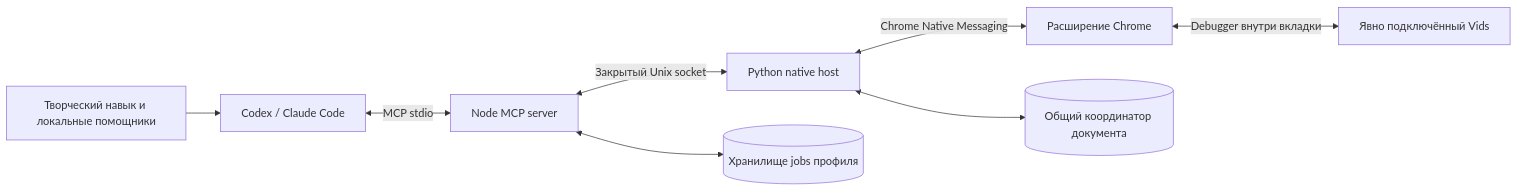
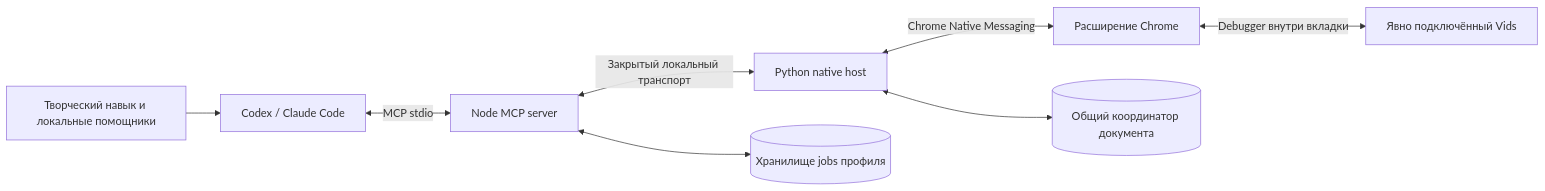
The diagram in docs/ru/architecture.md (Shugar86/vids-studio), drawn with Mermaid before and after one commit. The commit also changed other lines of this file and 36 other files, not shown here.

````diff
--- a/docs/ru/architecture.md
+++ b/docs/ru/architecture.md
@@ -7,10 +7,10 @@
 ```mermaid
 flowchart LR
     A[Codex / Claude Code] <-->|MCP stdio| B[Node MCP server]
-    B <-->|Закрытый Unix socket| C[Python native host]
+    B <-->|Закрытый локальный транспорт| C[Python native host]
     C <-->|Chrome Native Messaging| D[Расширение Chrome]
     D <-->|Debugger внутри вкладки| E[Явно подключённый Vids]
     C <--> F[(Общий координатор документа)]
     B <--> G[(Хранилище jobs профиля)]
     H[Творческий навык и локальные помощники] --> A
 ```
````
